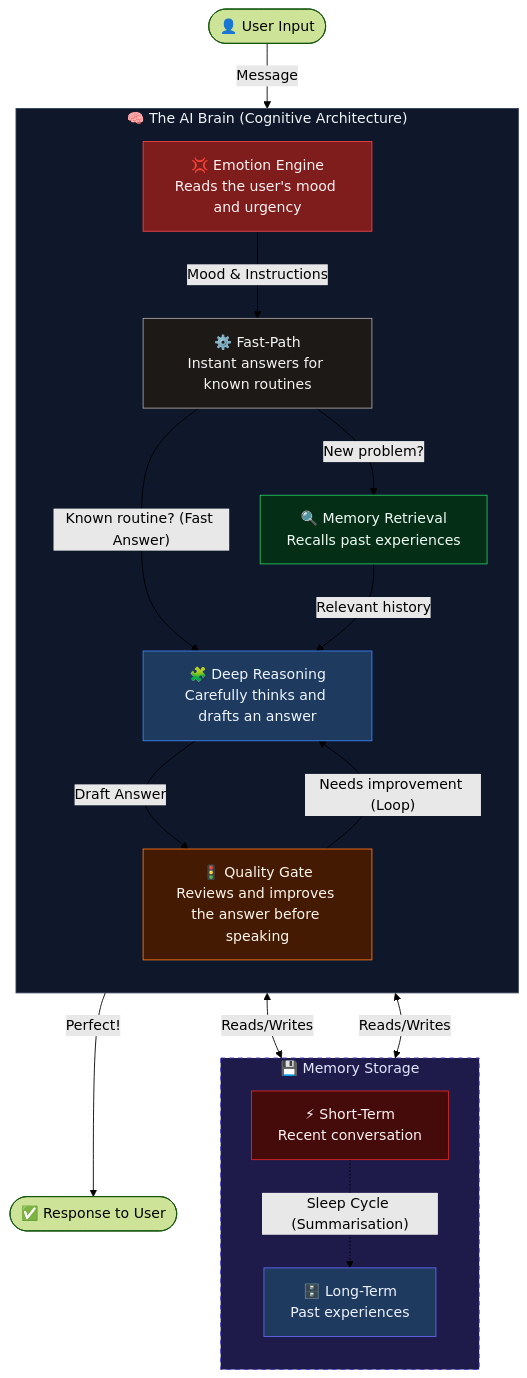
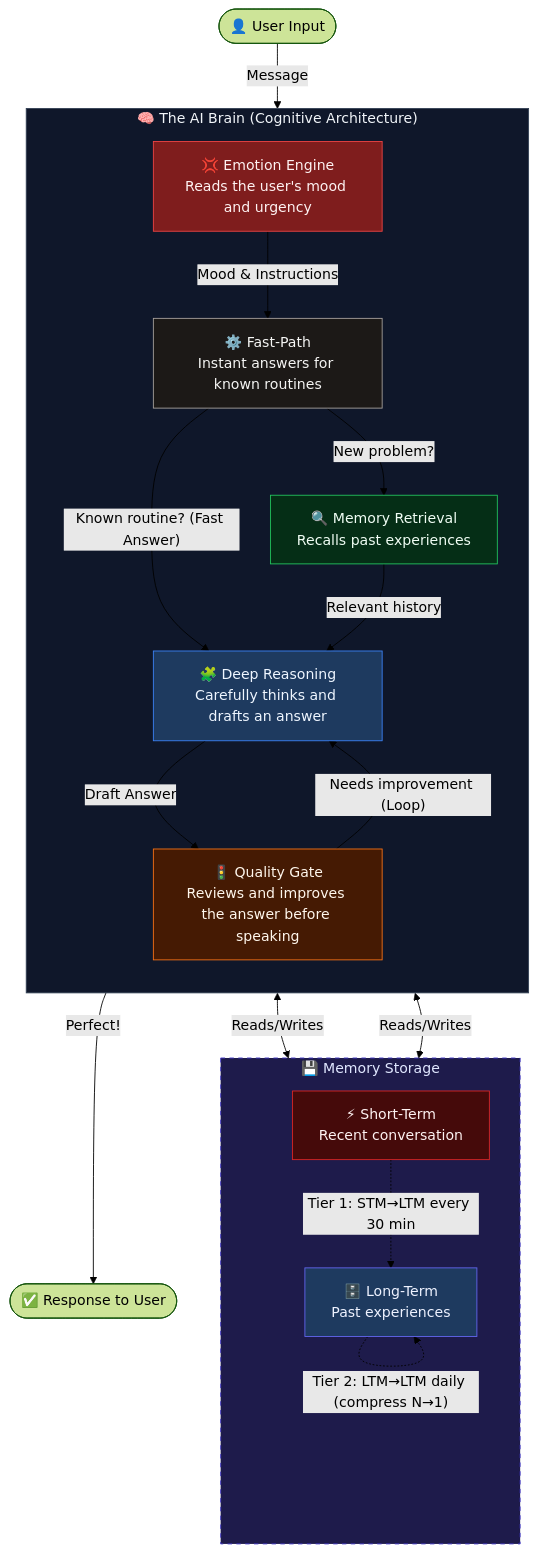
Before and after one commit to thimbleberrysystems/janus-process: the diagram in README.md, drawn with Mermaid (forest theme). The commit also changed other lines of this file and 5 other files, not shown here.

````diff
--- a/README.md
+++ b/README.md
@@ -43,52 +43,53 @@
 ```mermaid
 flowchart TD
     User(["👤 User Input"])
 
     subgraph BRAIN ["🧠 The AI Brain (Cognitive Architecture)"]
         direction TB
 
         AMY["💢 Emotion Engine\nReads the user's mood and urgency"]
 
         BG_FAST["⚙️ Fast-Path\nInstant answers for known routines"]
 
         HIPP["🔍 Memory Retrieval\nRecalls past experiences"]
 
         PFC["🧩 Deep Reasoning\nCarefully thinks and drafts an answer"]
 
         GATE["🚦 Quality Gate\nReviews and improves the answer before speaking"]
     end
 
     subgraph STORAGE ["💾 Memory Storage"]
         direction TB
         STM["⚡ Short-Term\nRecent conversation"]
         LTM["🗄️ Long-Term\nPast experiences"]
     end
 
     User -->|"Message"| AMY
     AMY -->|"Mood & Instructions"| BG_FAST
 
     BG_FAST -->|"Known routine? (Fast Answer)"| PFC
     BG_FAST -->|"New problem?"| HIPP
 
     HIPP -->|"Relevant history"| PFC
 
     PFC <-->|"Reads/Writes"| STM
     HIPP <-->|"Reads/Writes"| LTM
 
     PFC -->|"Draft Answer"| GATE
     GATE -->|"Needs improvement (Loop)"| PFC
     GATE -->|"Perfect!"| OUT(["✅ Response to User"])
 
     %% Sleep Cycle / Consolidation
-    STM -.->|"Sleep Cycle (Summarisation)"| LTM
+    STM -.->|"Tier 1: STM→LTM every 30 min"| LTM
+    LTM -.->|"Tier 2: LTM→LTM daily (compress N→1)"| LTM
 
     style BRAIN fill:#0f172a,stroke:#334155,color:#f1f5f9
     style STORAGE fill:#1e1b4b,stroke:#4338ca,color:#e0e7ff,stroke-dasharray: 5 5
     style AMY fill:#7f1d1d,stroke:#ef4444,color:#fef2f2
     style BG_FAST fill:#1c1917,stroke:#a8a29e,color:#f5f5f4
     style HIPP fill:#052e16,stroke:#22c55e,color:#f0fdf4
     style PFC fill:#1e3a5f,stroke:#3b82f6,color:#eff6ff
     style GATE fill:#451a03,stroke:#f97316,color:#fff7ed
     style STM fill:#450a0a,stroke:#dc2626,color:#fef2f2
     style LTM fill:#1e3a5f,stroke:#6366f1,color:#eef2ff
 ```
````
